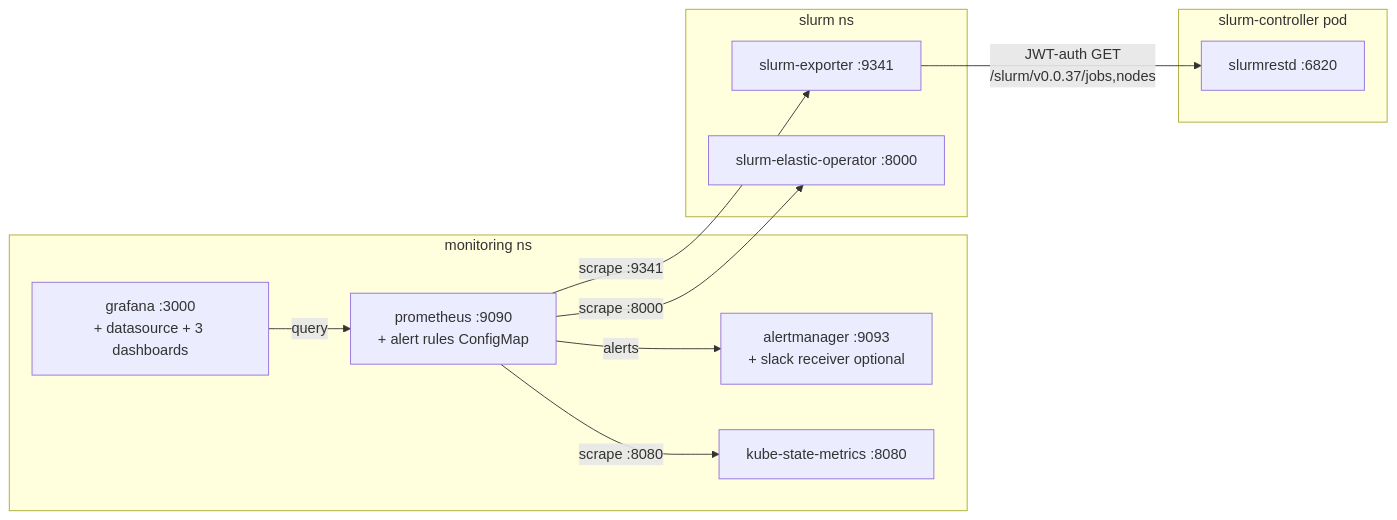
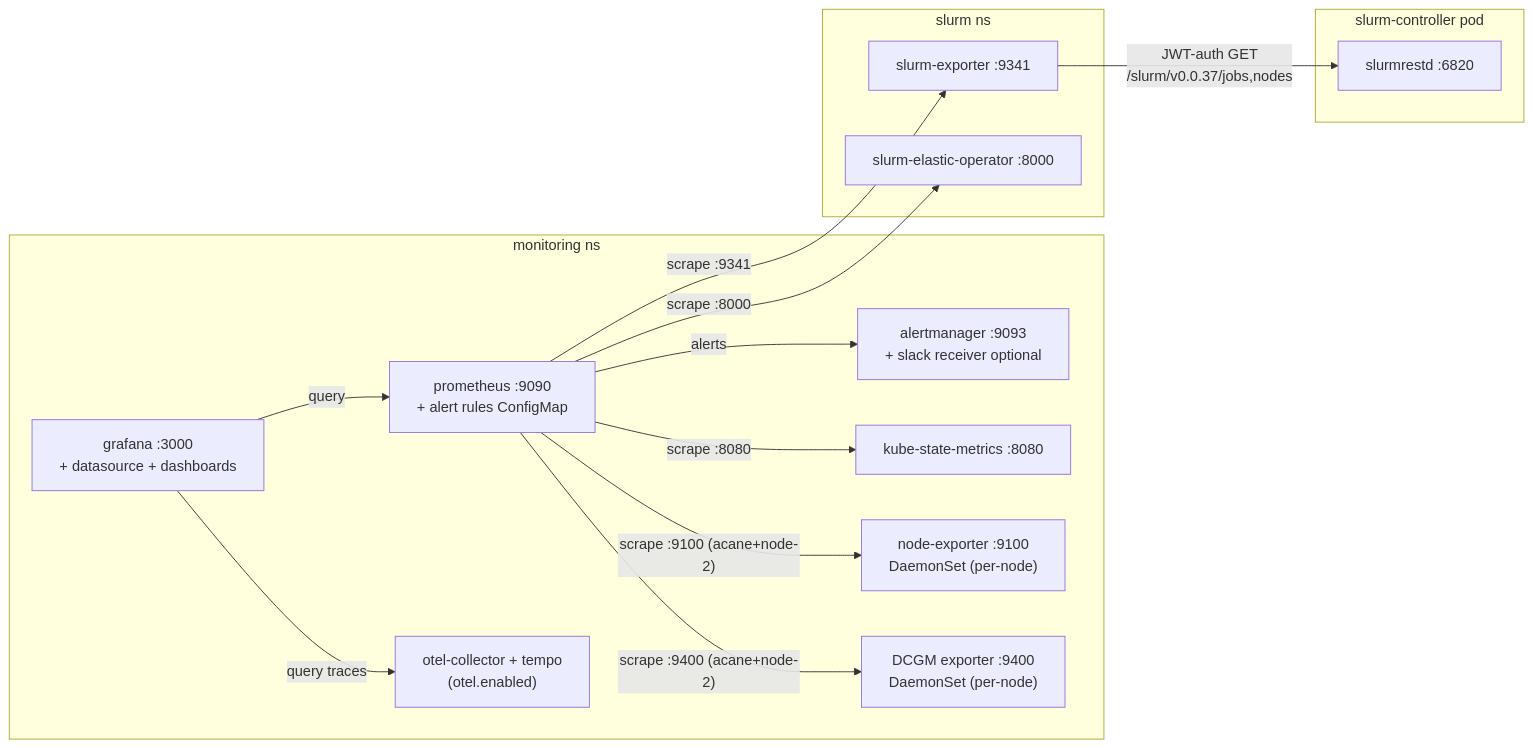
Before and after one commit to SoWiEee/Kelpflux: the fourth of 5 diagrams in docs/cluster.md, drawn with Mermaid. The commit also changed other lines of this file and 3 other files, not shown here.

First line of the commit message:
docs: refresh cluster spec, architecture diagrams, and v8 system review

````diff
--- a/docs/cluster.md
+++ b/docs/cluster.md
@@ -519,27 +595,33 @@
 ```mermaid
 flowchart LR
     subgraph M["monitoring ns"]
         PROM["prometheus :9090<br/>+ alert rules ConfigMap"]
         AM["alertmanager :9093<br/>+ slack receiver optional"]
-        GRAF["grafana :3000<br/>+ datasource + 3 dashboards"]
+        GRAF["grafana :3000<br/>+ datasource + dashboards"]
         KSM["kube-state-metrics :8080"]
+        NEXP["node-exporter :9100<br/>DaemonSet (per-node)"]
+        DCGM["DCGM exporter :9400<br/>DaemonSet (per-node)"]
+        OTEL["otel-collector + tempo<br/>(otel.enabled)"]
     end
 
     subgraph S["slurm ns"]
         EXP["slurm-exporter :9341"]
         OP["slurm-elastic-operator :8000"]
     end
 
     subgraph CTL["slurm-controller pod"]
         REST["slurmrestd :6820"]
     end
 
     EXP -- "JWT-auth GET<br/>/slurm/v0.0.37/jobs,nodes" --> REST
 
     PROM -- "scrape :9341" --> EXP
     PROM -- "scrape :8000" --> OP
     PROM -- "scrape :8080" --> KSM
+    PROM -- "scrape :9100 (acane+node-2)" --> NEXP
+    PROM -- "scrape :9400 (acane+node-2)" --> DCGM
 
     PROM -- "alerts" --> AM
     GRAF -- "query" --> PROM
+    GRAF -- "query traces" --> OTEL
 ```
````
